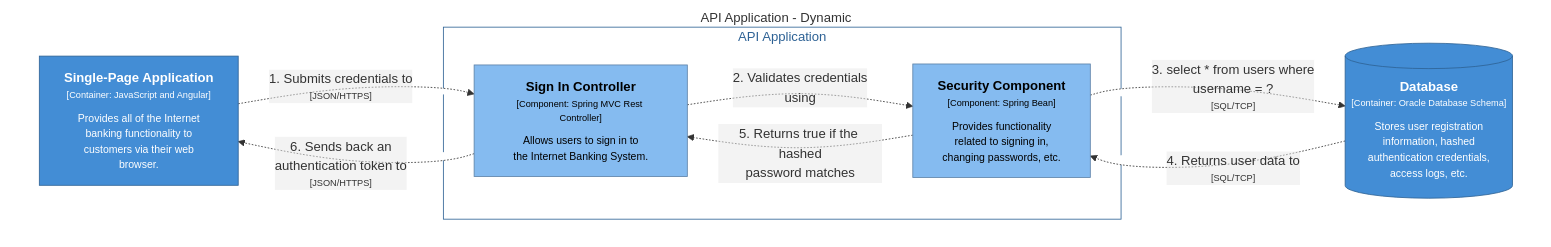
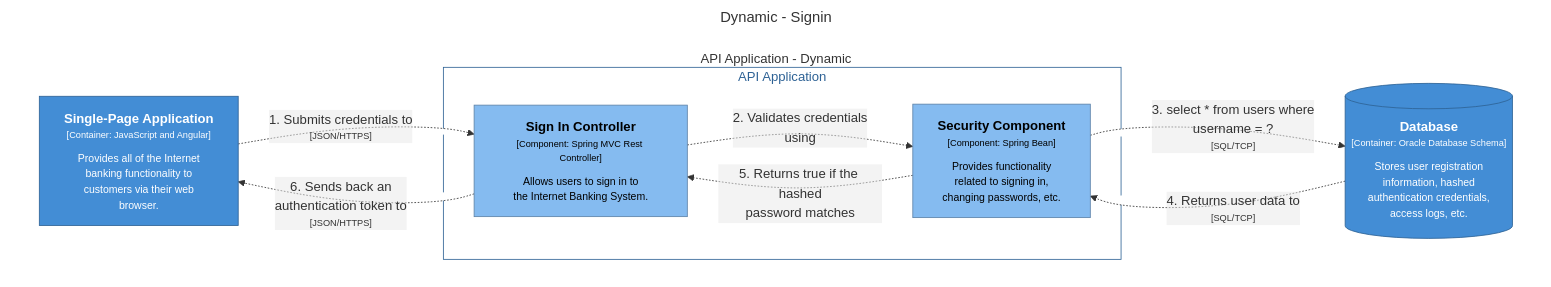
The tenth of 12 diagrams in mermaid/markdown/diagrams.template.md (tramaine-codes/visualization-playground), drawn with Mermaid before and after one commit. The commit also changed other lines of this file and 9 other files, not shown here.

Commit message:
feat: add c4 diagram titles

````diff
--- a/mermaid/markdown/diagrams.template.md
+++ b/mermaid/markdown/diagrams.template.md
@@ -304,29 +316,32 @@
 ```mermaid
+---
+title: Dynamic - Signin
+---
 graph TB
   linkStyle default fill:#ffffff
 
   subgraph diagram ["API Application - Dynamic"]
     style diagram fill:#ffffff,stroke:#ffffff
 
     subgraph 11 [API Application]
       style 11 fill:#ffffff,stroke:#2e6295,color:#2e6295
 
       12["<div style='font-weight: bold'>Sign In Controller</div><div style='font-size: 70%; margin-top: 0px'>[Component: Spring MVC Rest Controller]</div><div style='font-size: 80%; margin-top:10px'>Allows users to sign in to<br />the Internet Banking System.</div>"]
       style 12 fill:#85bbf0,stroke:#5d82a8,color:#000000
       15["<div style='font-weight: bold'>Security Component</div><div style='font-size: 70%; margin-top: 0px'>[Component: Spring Bean]</div><div style='font-size: 80%; margin-top:10px'>Provides functionality<br />related to signing in,<br />changing passwords, etc.</div>"]
       style 15 fill:#85bbf0,stroke:#5d82a8,color:#000000
     end
 
     18[("<div style='font-weight: bold'>Database</div><div style='font-size: 70%; margin-top: 0px'>[Container: Oracle Database Schema]</div><div style='font-size: 80%; margin-top:10px'>Stores user registration<br />information, hashed<br />authentication credentials,<br />access logs, etc.</div>")]
     style 18 fill:#438dd5,stroke:#2e6295,color:#ffffff
     8["<div style='font-weight: bold'>Single-Page Application</div><div style='font-size: 70%; margin-top: 0px'>[Container: JavaScript and Angular]</div><div style='font-size: 80%; margin-top:10px'>Provides all of the Internet<br />banking functionality to<br />customers via their web<br />browser.</div>"]
     style 8 fill:#438dd5,stroke:#2e6295,color:#ffffff
 
     8-. "<div>1. Submits credentials to</div><div style='font-size: 70%'>[JSON/HTTPS]</div>" .->12
     12-. "<div>2. Validates credentials<br />using</div><div style='font-size: 70%'></div>" .->15
     15-. "<div>3. select * from users where<br />username = ?</div><div style='font-size: 70%'>[SQL/TCP]</div>" .->18
     18-. "<div>4. Returns user data to</div><div style='font-size: 70%'>[SQL/TCP]</div>" .->15
     15-. "<div>5. Returns true if the hashed<br />password matches</div><div style='font-size: 70%'></div>" .->12
     12-. "<div>6. Sends back an<br />authentication token to</div><div style='font-size: 70%'>[JSON/HTTPS]</div>" .->8
   end
 ```
````
